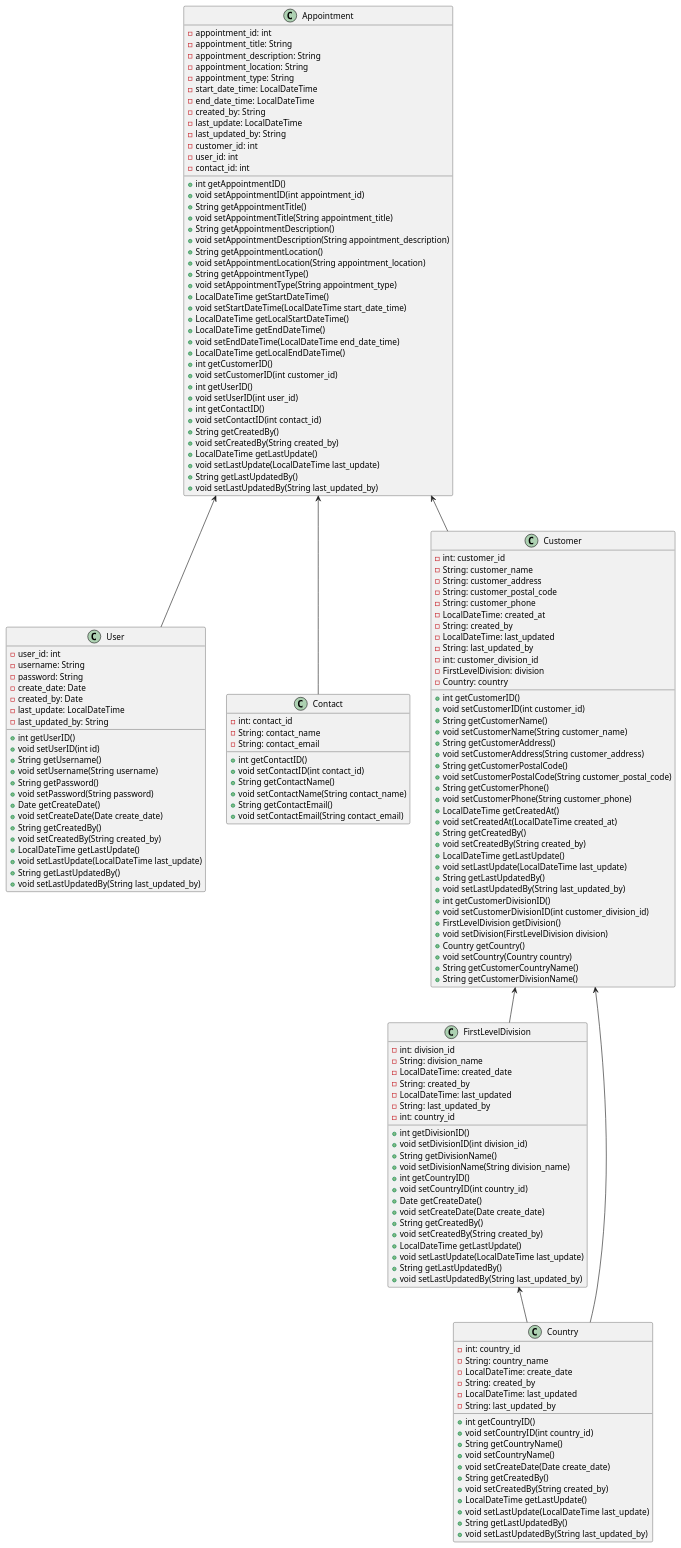
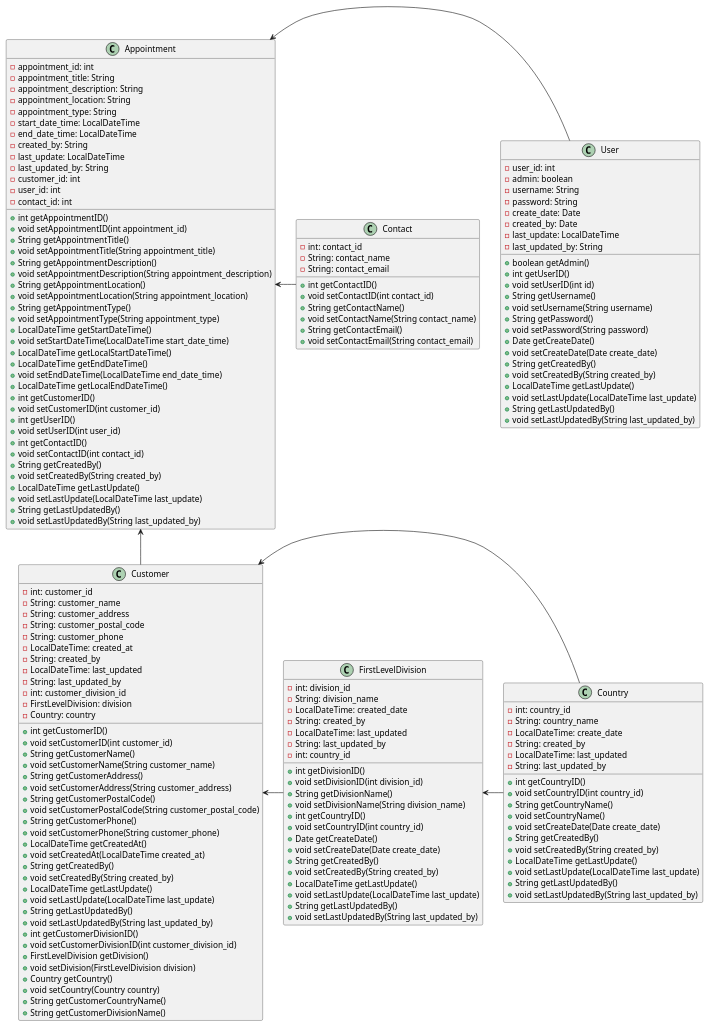
Before and after one commit to Duubl/C868-Capstone: the diagram in EntityClassDiagram.puml, drawn with PlantUML. The commit also changed 1 other file, not shown here.

Commit message:
Modified entity class diagram

```diff
--- a/EntityClassDiagram.puml
+++ b/EntityClassDiagram.puml
@@ -1,180 +1,183 @@
 @startuml
+
 class User {
     -user_id: int
+    -admin: boolean
     -username: String
     -password: String
     -create_date: Date
     -created_by: Date
     -last_update: LocalDateTime
     -last_updated_by: String
 
+    +boolean getAdmin()
     +int getUserID()
     +void setUserID(int id)
     +String getUsername()
     +void setUsername(String username)
     +String getPassword()
     +void setPassword(String password)
     +Date getCreateDate()
     +void setCreateDate(Date create_date)
     +String getCreatedBy()
     +void setCreatedBy(String created_by)
     +LocalDateTime getLastUpdate()
     +void setLastUpdate(LocalDateTime last_update)
     +String getLastUpdatedBy()
     +void setLastUpdatedBy(String last_updated_by)
     }
 
 class Appointment {
     -appointment_id: int
     -appointment_title: String
     -appointment_description: String
     -appointment_location: String
     -appointment_type: String
     -start_date_time: LocalDateTime
     -end_date_time: LocalDateTime
     -created_by: String
     -last_update: LocalDateTime
     -last_updated_by: String
     -customer_id: int
     -user_id: int
     -contact_id: int
 
     +int getAppointmentID()
     +void setAppointmentID(int appointment_id)
     +String getAppointmentTitle()
     +void setAppointmentTitle(String appointment_title)
     +String getAppointmentDescription()
     +void setAppointmentDescription(String appointment_description)
     +String getAppointmentLocation()
     +void setAppointmentLocation(String appointment_location)
     +String getAppointmentType()
     +void setAppointmentType(String appointment_type)
     +LocalDateTime getStartDateTime()
     +void setStartDateTime(LocalDateTime start_date_time)
     +LocalDateTime getLocalStartDateTime()
     +LocalDateTime getEndDateTime()
     +void setEndDateTime(LocalDateTime end_date_time)
     +LocalDateTime getLocalEndDateTime()
     +int getCustomerID()
     +void setCustomerID(int customer_id)
     +int getUserID()
     +void setUserID(int user_id)
     +int getContactID()
     +void setContactID(int contact_id)
     +String getCreatedBy()
     +void setCreatedBy(String created_by)
     +LocalDateTime getLastUpdate()
     +void setLastUpdate(LocalDateTime last_update)
     +String getLastUpdatedBy()
     +void setLastUpdatedBy(String last_updated_by)
     }
 
 class FirstLevelDivision {
     -int: division_id
     -String: division_name
     -LocalDateTime: created_date
     -String: created_by
     -LocalDateTime: last_updated
     -String: last_updated_by
     -int: country_id
 
     +int getDivisionID()
     +void setDivisionID(int division_id)
     +String getDivisionName()
     +void setDivisionName(String division_name)
     +int getCountryID()
     +void setCountryID(int country_id)
     +Date getCreateDate()
     +void setCreateDate(Date create_date)
     +String getCreatedBy()
     +void setCreatedBy(String created_by)
     +LocalDateTime getLastUpdate()
     +void setLastUpdate(LocalDateTime last_update)
     +String getLastUpdatedBy()
     +void setLastUpdatedBy(String last_updated_by)
 }
 
 class Contact {
     -int: contact_id
     -String: contact_name
     -String: contact_email
 
     +int getContactID()
     +void setContactID(int contact_id)
     +String getContactName()
     +void setContactName(String contact_name)
     +String getContactEmail()
     +void setContactEmail(String contact_email)
 }
 
 class Country {
     -int: country_id
     -String: country_name
     -LocalDateTime: create_date
     -String: created_by
     -LocalDateTime: last_updated
     -String: last_updated_by
 
     +int getCountryID()
     +void setCountryID(int country_id)
     +String getCountryName()
     +void setCountryName()
     +void setCreateDate(Date create_date)
     +String getCreatedBy()
     +void setCreatedBy(String created_by)
     +LocalDateTime getLastUpdate()
     +void setLastUpdate(LocalDateTime last_update)
     +String getLastUpdatedBy()
     +void setLastUpdatedBy(String last_updated_by)
 }
 
 class Customer {
     -int: customer_id
     -String: customer_name
     -String: customer_address
     -String: customer_postal_code
     -String: customer_phone
     -LocalDateTime: created_at
     -String: created_by
     -LocalDateTime: last_updated
     -String: last_updated_by
     -int: customer_division_id
     -FirstLevelDivision: division
     -Country: country
 
     +int getCustomerID()
     +void setCustomerID(int customer_id)
     +String getCustomerName()
     +void setCustomerName(String customer_name)
     +String getCustomerAddress()
     +void setCustomerAddress(String customer_address)
     +String getCustomerPostalCode()
     +void setCustomerPostalCode(String customer_postal_code)
     +String getCustomerPhone()
     +void setCustomerPhone(String customer_phone)
     +LocalDateTime getCreatedAt()
     +void setCreatedAt(LocalDateTime created_at)
     +String getCreatedBy()
     +void setCreatedBy(String created_by)
     +LocalDateTime getLastUpdate()
     +void setLastUpdate(LocalDateTime last_update)
     +String getLastUpdatedBy()
     +void setLastUpdatedBy(String last_updated_by)
     +int getCustomerDivisionID()
     +void setCustomerDivisionID(int customer_division_id)
     +FirstLevelDivision getDivision()
     +void setDivision(FirstLevelDivision division)
     +Country getCountry()
     +void setCountry(Country country)
     +String getCustomerCountryName()
     +String getCustomerDivisionName()
 }
 
 Appointment <-- Customer
-Appointment <-- User
-Appointment <-- Contact
-FirstLevelDivision <-- Country
-Customer <-- FirstLevelDivision
-Customer <-- Country
+Appointment <- User
+Appointment <- Contact
+FirstLevelDivision <- Country
+Customer <- FirstLevelDivision
+Customer <- Country
 
 @enduml
```
